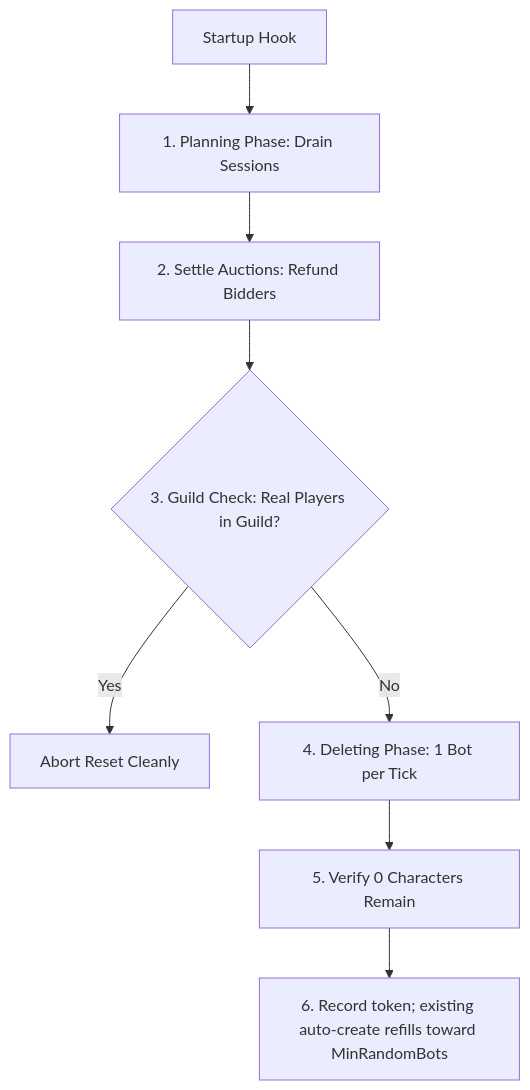
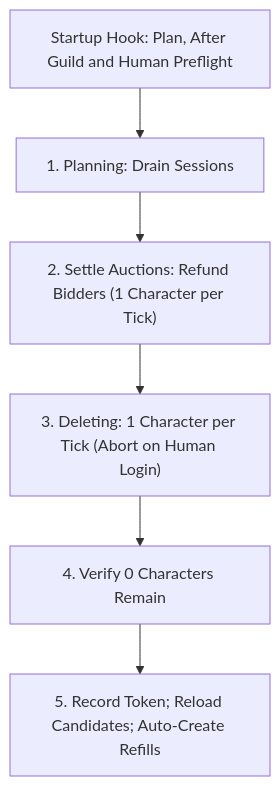
One commit to 11Marlowe/TortoiseBots changed the diagram in docs/server/bot-pool.md. Above: the diagram before and after it, drawn with Mermaid. The commit also changed other lines of this file and 6 other files, not shown here.

````diff
--- a/docs/server/bot-pool.md
+++ b/docs/server/bot-pool.md
@@ -94,10 +94,8 @@
 ```mermaid
 flowchart TD
-    Start["Startup Hook"] --> Plan["1. Planning Phase: Drain Sessions"]
-    Plan --> Settle["2. Settle Auctions: Refund Bidders"]
-    Settle --> CheckGuilds{"3. Guild Check: Real Players in Guild?"}
-    CheckGuilds -- Yes --> Abort["Abort Reset Cleanly"]
-    CheckGuilds -- No --> Delete["4. Deleting Phase: 1 Bot per Tick"]
-    Delete --> Verify["5. Verify 0 Characters Remain"]
-    Verify --> Record["6. Record token; existing auto-create refills toward MinRandomBots"]
+    Start["Startup Hook: Plan, After Guild and Human Preflight"] --> Plan["1. Planning: Drain Sessions"]
+    Plan --> Settle["2. Settle Auctions: Refund Bidders (1 Character per Tick)"]
+    Settle --> Delete["3. Deleting: 1 Character per Tick (Abort on Human Login)"]
+    Delete --> Verify["4. Verify 0 Characters Remain"]
+    Verify --> Record["5. Record Token; Reload Candidates; Auto-Create Refills"]
 ```
````
